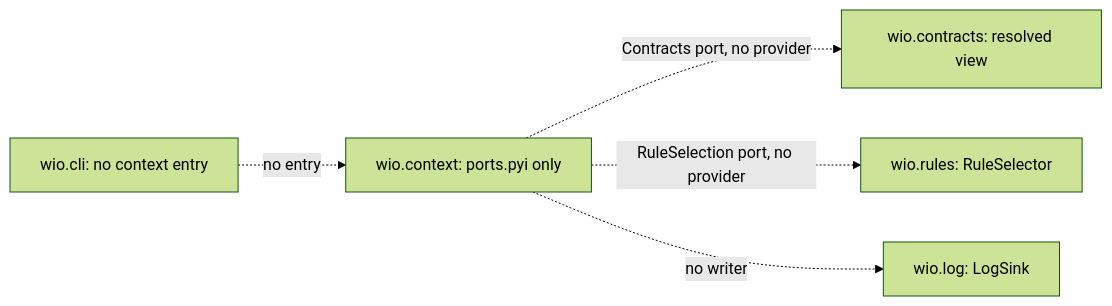
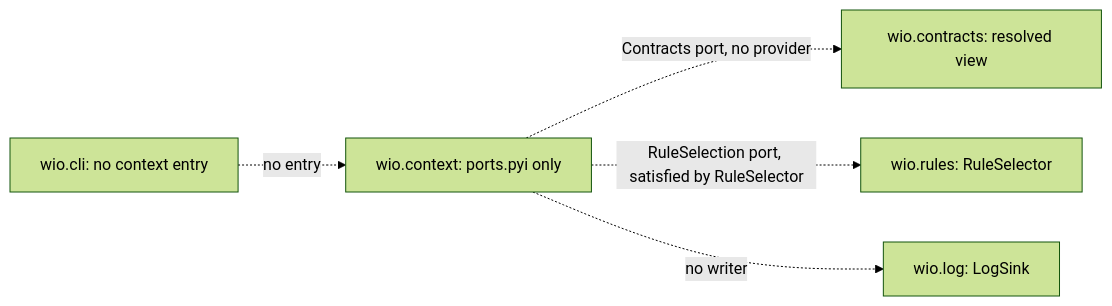
The first of 2 diagrams in .agents/wio/works/wio-context/README.md (msitarz/wio), drawn with Mermaid (forest theme) before and after one commit. The commit also changed other lines of this file and 14 other files, not shown here.

````diff
--- a/.agents/wio/works/wio-context/README.md
+++ b/.agents/wio/works/wio-context/README.md
@@ -208,12 +216,12 @@
 ```mermaid
 flowchart LR
     cli["wio.cli: no context entry"]
     ctx["wio.context: ports.pyi only"]
     contracts["wio.contracts: resolved view"]
     rules["wio.rules: RuleSelector"]
     log["wio.log: LogSink"]
     cli -. "no entry" .-> ctx
     ctx -. "Contracts port, no provider" .-> contracts
-    ctx -. "RuleSelection port, no provider" .-> rules
+    ctx -. "RuleSelection port, satisfied by RuleSelector" .-> rules
     ctx -. "no writer" .-> log
 ```
````
